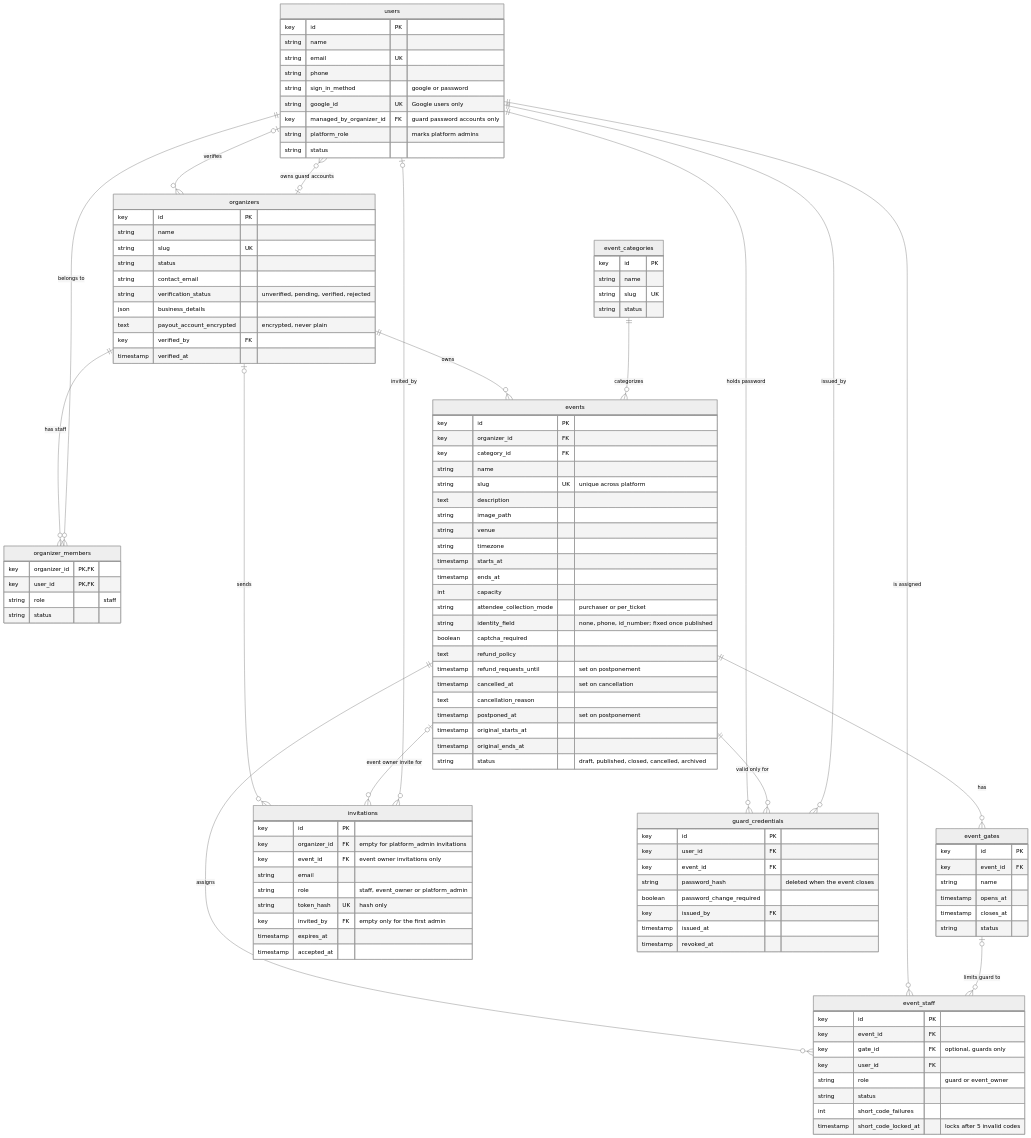
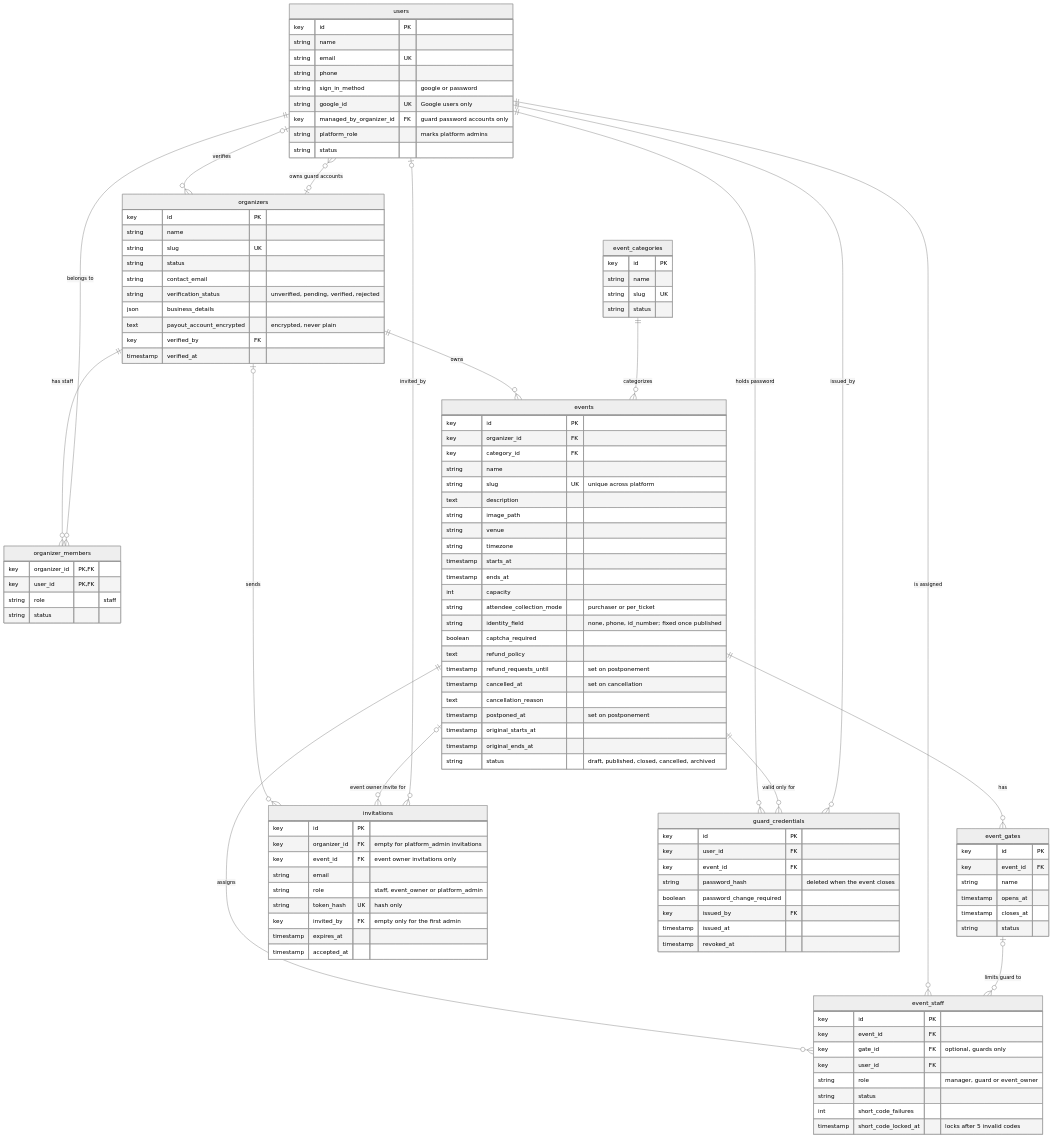
The diagram in doc/diagrams/erd/01-identity-and-tenancy.mmd (kreativesahara/ticket), drawn with Mermaid (neutral theme) before and after one commit. The commit also changed 39 other files, not shown here.

Commit message:
feat: add documentation, system diagrams, and state machine specifications for roles, use cases, and architecture

```diff
--- a/doc/diagrams/erd/01-identity-and-tenancy.mmd
+++ b/doc/diagrams/erd/01-identity-and-tenancy.mmd
@@ -1,117 +1,117 @@
 erDiagram
     users {
         key id PK
         string name
         string email UK
         string phone
         string sign_in_method "google or password"
         string google_id UK "Google users only"
         key managed_by_organizer_id FK "guard password accounts only"
         string platform_role "marks platform admins"
         string status
     }
     organizers {
         key id PK
         string name
         string slug UK
         string status
         string contact_email
         string verification_status "unverified, pending, verified, rejected"
         json business_details
         text payout_account_encrypted "encrypted, never plain"
         key verified_by FK
         timestamp verified_at
     }
     organizer_members {
         key organizer_id PK, FK
         key user_id PK, FK
         string role "staff"
         string status
     }
     event_categories {
         key id PK
         string name
         string slug UK
         string status
     }
     events {
         key id PK
         key organizer_id FK
         key category_id FK
         string name
         string slug UK "unique across platform"
         text description
         string image_path
         string venue
         string timezone
         timestamp starts_at
         timestamp ends_at
         int capacity
         string attendee_collection_mode "purchaser or per_ticket"
         string identity_field "none, phone, id_number; fixed once published"
         boolean captcha_required
         text refund_policy
         timestamp refund_requests_until "set on postponement"
         timestamp cancelled_at "set on cancellation"
         text cancellation_reason
         timestamp postponed_at "set on postponement"
         timestamp original_starts_at
         timestamp original_ends_at
         string status "draft, published, closed, cancelled, archived"
     }
     event_gates {
         key id PK
         key event_id FK
         string name
         timestamp opens_at
         timestamp closes_at
         string status
     }
     event_staff {
         key id PK
         key event_id FK
         key gate_id FK "optional, guards only"
         key user_id FK
-        string role "guard or event_owner"
+        string role "manager, guard or event_owner"
         string status
         int short_code_failures
         timestamp short_code_locked_at "locks after 5 invalid codes"
     }
     invitations {
         key id PK
         key organizer_id FK "empty for platform_admin invitations"
         key event_id FK "event owner invitations only"
         string email
         string role "staff, event_owner or platform_admin"
         string token_hash UK "hash only"
         key invited_by FK "empty only for the first admin"
         timestamp expires_at
         timestamp accepted_at
     }
     guard_credentials {
         key id PK
         key user_id FK
         key event_id FK
         string password_hash "deleted when the event closes"
         boolean password_change_required
         key issued_by FK
         timestamp issued_at
         timestamp revoked_at
     }
 
     organizers ||--o{ organizer_members : "has staff"
     users ||--o{ organizer_members : "belongs to"
     organizers |o--o{ users : "owns guard accounts"
     users |o--o{ organizers : "verifies"
     organizers ||--o{ events : "owns"
     event_categories ||--o{ events : "categorizes"
     events ||--o{ event_gates : "has"
     events ||--o{ event_staff : "assigns"
     users ||--o{ event_staff : "is assigned"
     event_gates |o--o{ event_staff : "limits guard to"
     organizers |o--o{ invitations : "sends"
     events |o--o{ invitations : "event owner invite for"
     users |o--o{ invitations : "invited_by"
     users ||--o{ guard_credentials : "holds password"
     events ||--o{ guard_credentials : "valid only for"
     users ||--o{ guard_credentials : "issued_by"
```
